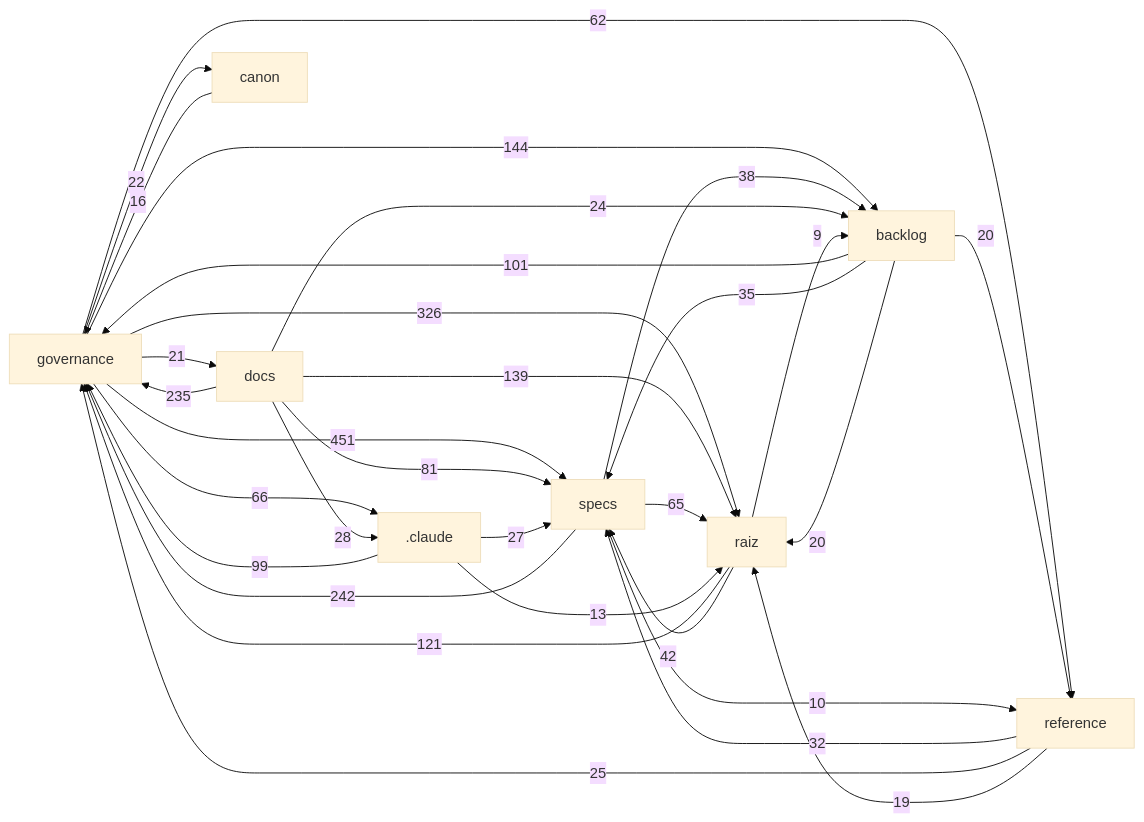
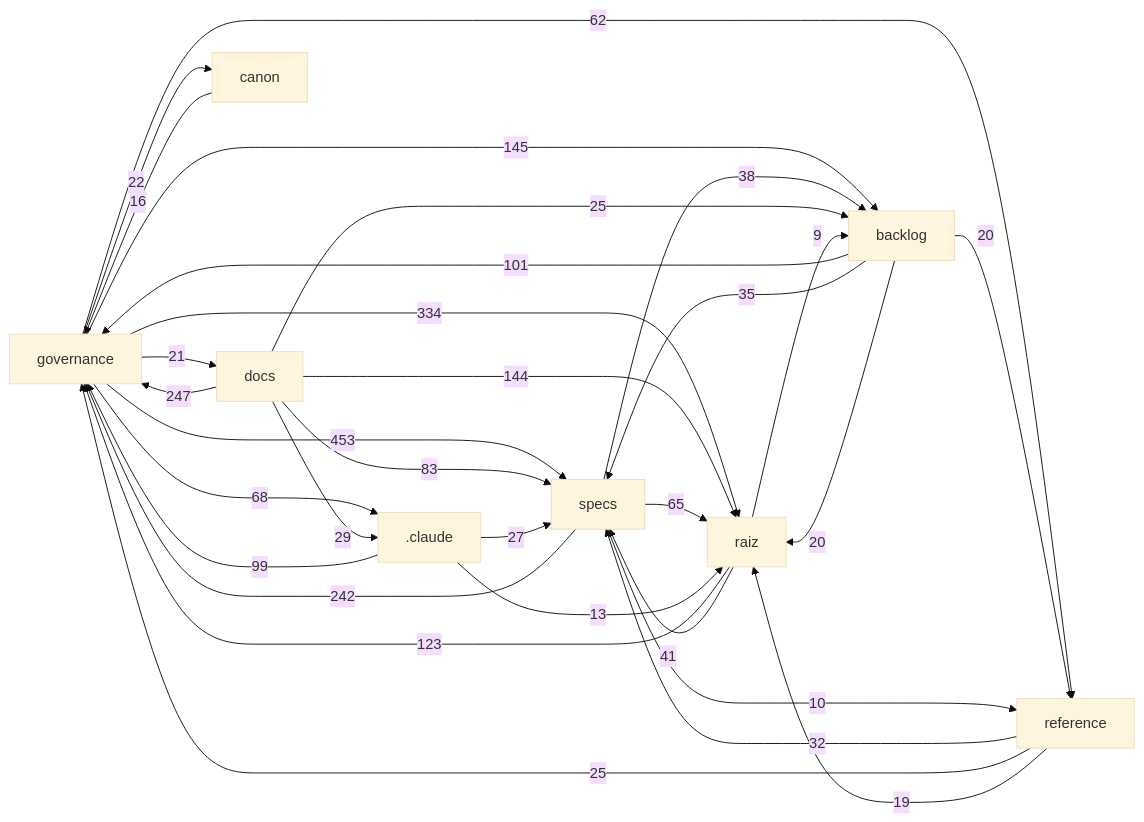
The diagram in docs/mapa/MAPA-PROJETO.md (Andraus35/Sistema-Operacional-de-Trading--SOT), drawn with Mermaid (base theme) before and after one commit. The commit also changed other lines of this file and 7 other files, not shown here.

````diff
--- a/docs/mapa/MAPA-PROJETO.md
+++ b/docs/mapa/MAPA-PROJETO.md
@@ -29,33 +29,33 @@
 ```mermaid
 flowchart LR
-  governance["governance"] -->|451| specs["specs"]
-  governance["governance"] -->|326| raiz["raiz"]
+  governance["governance"] -->|453| specs["specs"]
+  governance["governance"] -->|334| raiz["raiz"]
+  docs["docs"] -->|247| governance["governance"]
   specs["specs"] -->|242| governance["governance"]
-  docs["docs"] -->|235| governance["governance"]
-  governance["governance"] -->|144| backlog["backlog"]
-  docs["docs"] -->|139| raiz["raiz"]
-  raiz["raiz"] -->|121| governance["governance"]
+  governance["governance"] -->|145| backlog["backlog"]
+  docs["docs"] -->|144| raiz["raiz"]
+  raiz["raiz"] -->|123| governance["governance"]
   backlog["backlog"] -->|101| governance["governance"]
   _claude[".claude"] -->|99| governance["governance"]
-  docs["docs"] -->|81| specs["specs"]
-  governance["governance"] -->|66| _claude[".claude"]
+  docs["docs"] -->|83| specs["specs"]
+  governance["governance"] -->|68| _claude[".claude"]
   specs["specs"] -->|65| raiz["raiz"]
   governance["governance"] -->|62| reference["reference"]
-  raiz["raiz"] -->|42| specs["specs"]
+  raiz["raiz"] -->|41| specs["specs"]
   specs["specs"] -->|38| backlog["backlog"]
   backlog["backlog"] -->|35| specs["specs"]
   reference["reference"] -->|32| specs["specs"]
-  docs["docs"] -->|28| _claude[".claude"]
+  docs["docs"] -->|29| _claude[".claude"]
   _claude[".claude"] -->|27| specs["specs"]
+  docs["docs"] -->|25| backlog["backlog"]
   reference["reference"] -->|25| governance["governance"]
-  docs["docs"] -->|24| backlog["backlog"]
   governance["governance"] -->|22| canon["canon"]
   governance["governance"] -->|21| docs["docs"]
   backlog["backlog"] -->|20| raiz["raiz"]
   backlog["backlog"] -->|20| reference["reference"]
   reference["reference"] -->|19| raiz["raiz"]
   canon["canon"] -->|16| governance["governance"]
   _claude[".claude"] -->|13| raiz["raiz"]
   specs["specs"] -->|10| reference["reference"]
   raiz["raiz"] -->|9| backlog["backlog"]
 ```
````
